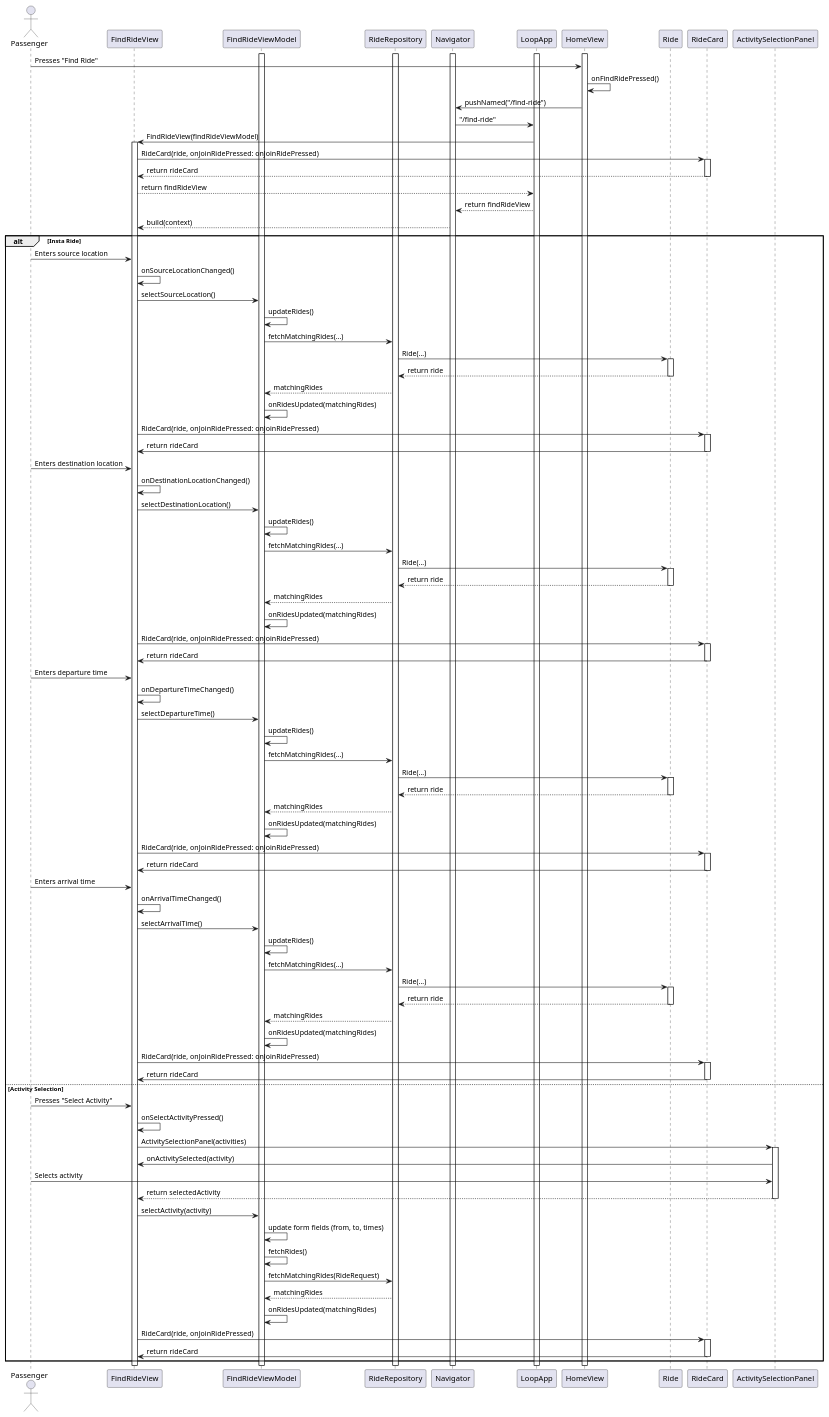
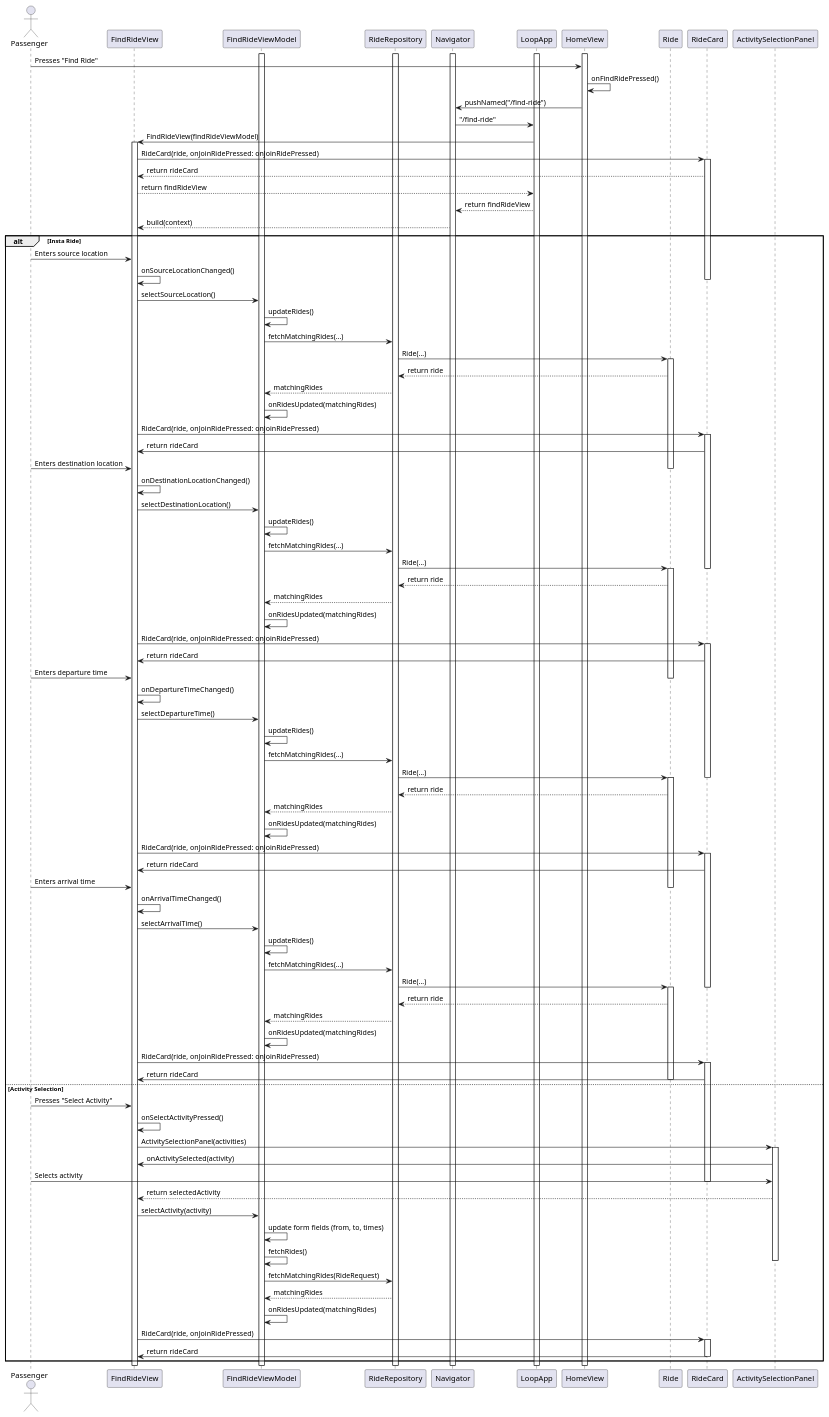
Before and after one commit to YannisRavasopoulos/ProjectSD_S6: the diagram in reports/sequence/find-ride.plantuml, drawn with PlantUML.

Commit message:
Refactor find-ride sequence diagram to improve RideCard activation and deactivation flow

```diff
--- a/reports/sequence/find-ride.plantuml
+++ b/reports/sequence/find-ride.plantuml
@@ -1,132 +1,147 @@
 @startuml
 
 actor Passenger
 
 participant FindRideView
 participant FindRideViewModel
 participant RideRepository
 participant Navigator
 participant LoopApp
 participant HomeView
 participant Ride
 participant RideCard
 
 activate LoopApp
 activate FindRideViewModel
 activate RideRepository
 activate Navigator
 activate HomeView
 
 
 Passenger -> HomeView: Presses "Find Ride"
 HomeView -> HomeView: onFindRidePressed()
 HomeView -> Navigator: pushNamed("/find-ride")
 Navigator -> LoopApp: "/find-ride"
 LoopApp -> FindRideView: FindRideView(findRideViewModel)
 activate FindRideView
 FindRideView -> RideCard: RideCard(ride, onJoinRidePressed: onJoinRidePressed)
 activate RideCard
 RideCard --> FindRideView: return rideCard
-deactivate RideCard
+
 FindRideView --> LoopApp: return findRideView
 LoopApp --> Navigator: return findRideView
 Navigator --> FindRideView: build(context)
 
 alt Insta Ride
 Passenger -> FindRideView: Enters source location
 FindRideView -> FindRideView: onSourceLocationChanged()
+deactivate RideCard
 FindRideView -> FindRideViewModel: selectSourceLocation()
 FindRideViewModel -> FindRideViewModel: updateRides()
 FindRideViewModel -> RideRepository: fetchMatchingRides(...)
 RideRepository -> Ride: Ride(...)
 activate Ride
 Ride --> RideRepository: return ride
-deactivate Ride
 RideRepository --> FindRideViewModel: matchingRides
+
+
 FindRideViewModel -> FindRideViewModel: onRidesUpdated(matchingRides)
 
 FindRideView -> RideCard: RideCard(ride, onJoinRidePressed: onJoinRidePressed)
 activate RideCard
 RideCard -> FindRideView: return rideCard
-deactivate RideCard
+
 Passenger -> FindRideView: Enters destination location
+deactivate Ride
 FindRideView -> FindRideView: onDestinationLocationChanged()
 FindRideView -> FindRideViewModel: selectDestinationLocation()
 FindRideViewModel -> FindRideViewModel: updateRides()
 FindRideViewModel -> RideRepository: fetchMatchingRides(...)
 deactivate Ride
 RideRepository -> Ride: Ride(...)
+deactivate RideCard
 activate Ride
 Ride --> RideRepository: return ride
-deactivate Ride
 RideRepository --> FindRideViewModel: matchingRides
+
+
 FindRideViewModel -> FindRideViewModel: onRidesUpdated(matchingRides)
+
 
 FindRideView -> RideCard: RideCard(ride, onJoinRidePressed: onJoinRidePressed)
 activate RideCard
 RideCard -> FindRideView: return rideCard
-deactivate RideCard
+
 
 Passenger -> FindRideView: Enters departure time
+deactivate Ride
 FindRideView -> FindRideView: onDepartureTimeChanged()
 FindRideView -> FindRideViewModel: selectDepartureTime()
 FindRideViewModel -> FindRideViewModel: updateRides()
 FindRideViewModel -> RideRepository: fetchMatchingRides(...)
 
 RideRepository -> Ride: Ride(...)
+deactivate RideCard
 activate Ride
 Ride --> RideRepository: return ride
-deactivate Ride
 RideRepository --> FindRideViewModel: matchingRides
+
+
 FindRideViewModel -> FindRideViewModel: onRidesUpdated(matchingRides)
 
 FindRideView -> RideCard: RideCard(ride, onJoinRidePressed: onJoinRidePressed)
 activate RideCard
 RideCard -> FindRideView: return rideCard
-deactivate RideCard
+
 Passenger -> FindRideView: Enters arrival time
+deactivate Ride
 FindRideView -> FindRideView: onArrivalTimeChanged()
 FindRideView -> FindRideViewModel: selectArrivalTime()
 FindRideViewModel -> FindRideViewModel: updateRides()
 FindRideViewModel -> RideRepository: fetchMatchingRides(...)
 
 RideRepository -> Ride: Ride(...)
+deactivate RideCard
 activate Ride
 Ride --> RideRepository: return ride
-deactivate Ride
 RideRepository --> FindRideViewModel: matchingRides
+
+
 FindRideViewModel -> FindRideViewModel: onRidesUpdated(matchingRides)
 
 FindRideView -> RideCard: RideCard(ride, onJoinRidePressed: onJoinRidePressed)
 activate RideCard
 RideCard -> FindRideView: return rideCard
-   deactivate RideCard
+
 else Activity Selection
+    deactivate Ride
     Passenger -> FindRideView: Presses "Select Activity"
     FindRideView -> FindRideView: onSelectActivityPressed()
     FindRideView -> ActivitySelectionPanel: ActivitySelectionPanel(activities)
     activate ActivitySelectionPanel
     ActivitySelectionPanel -> FindRideView: onActivitySelected(activity)
    
     Passenger -> ActivitySelectionPanel: Selects activity
+    deactivate RideCard
     ActivitySelectionPanel --> FindRideView: return selectedActivity
-     deactivate ActivitySelectionPanel
+     
     FindRideView -> FindRideViewModel: selectActivity(activity)
 
     
     FindRideViewModel -> FindRideViewModel: update form fields (from, to, times)
     FindRideViewModel -> FindRideViewModel: fetchRides()
+    deactivate ActivitySelectionPanel
     FindRideViewModel -> RideRepository: fetchMatchingRides(RideRequest)
-
+    
     RideRepository --> FindRideViewModel: matchingRides
    
     FindRideViewModel -> FindRideViewModel: onRidesUpdated(matchingRides)
    
   
     FindRideView -> RideCard: RideCard(ride, onJoinRidePressed)
    activate RideCard
     RideCard -> FindRideView: return rideCard
     deactivate RideCard
 end
 
 @enduml
```
